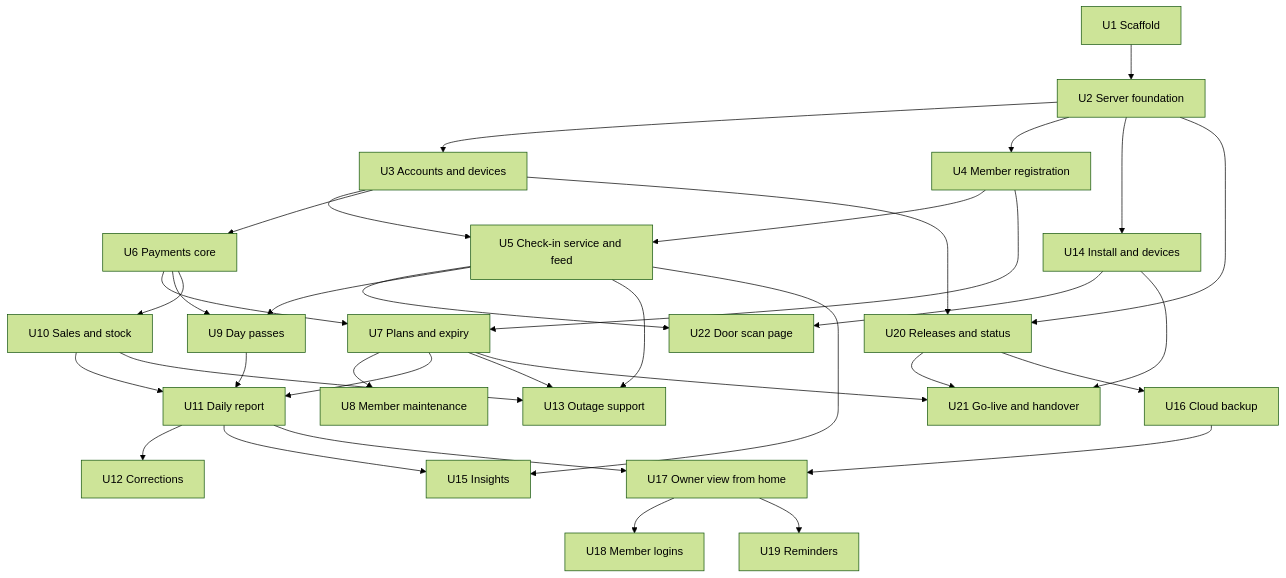
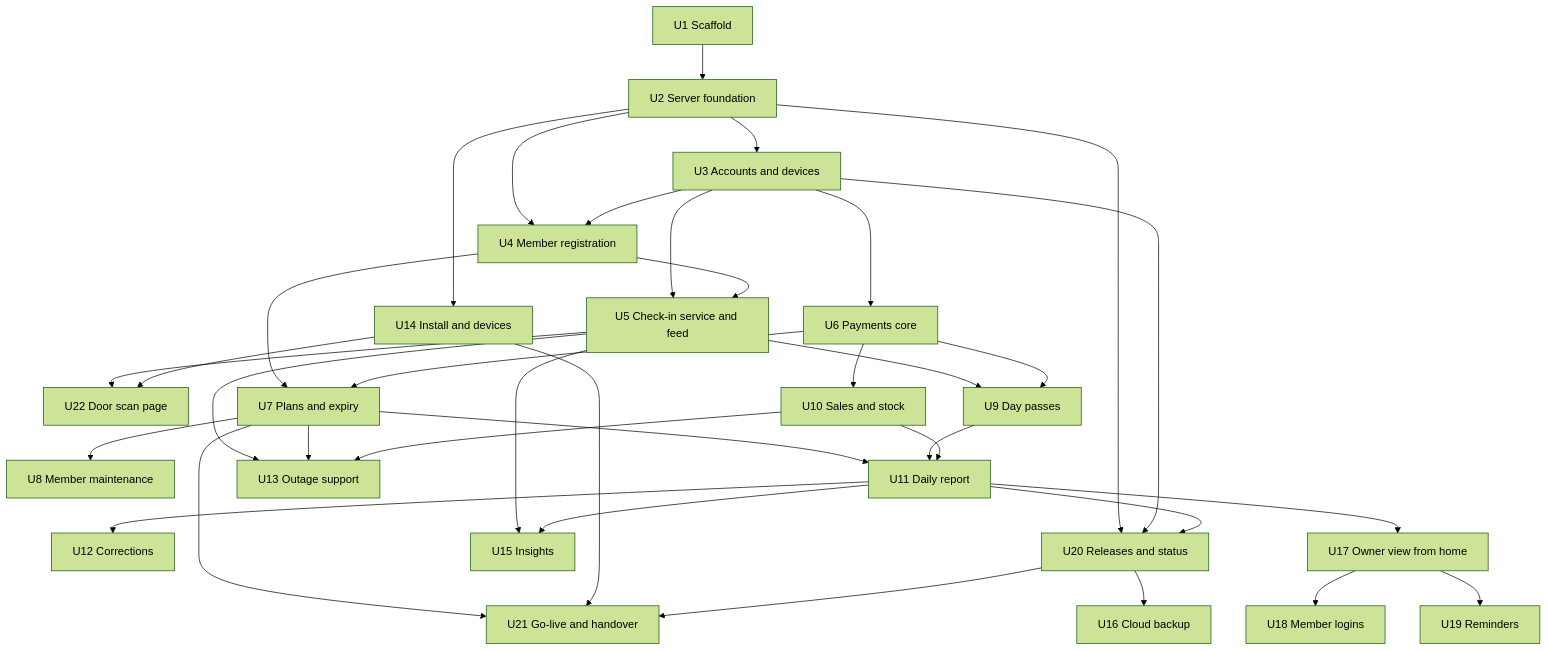
One commit to zealot-SEAlot/gym-mana-JEYO-ment changed the eighth of 8 diagrams in docs/plans/2026-09-15-0946-feat-jeyos-gym-management-system-plan.md. Above: the diagram before and after it, drawn with Mermaid (forest theme). The commit also changed other lines of this file and 2 other files, not shown here.

Commit message:
docs: apply architecture and security review fixes to plan and repo config (#5)

````diff
--- a/docs/plans/2026-09-15-0946-feat-jeyos-gym-management-system-plan.md
+++ b/docs/plans/2026-09-15-0946-feat-jeyos-gym-management-system-plan.md
@@ -606,37 +608,38 @@
 ```mermaid
 flowchart TB
   U1["U1 Scaffold"] --> U2["U2 Server foundation"]
   U2 --> U3["U3 Accounts and devices"]
   U2 --> U4["U4 Member registration"]
+  U3 --> U4
   U2 --> U14["U14 Install and devices"]
   U3 --> U5["U5 Check-in service and feed"]
   U4 --> U5
   U3 --> U6["U6 Payments core"]
   U5 --> U22["U22 Door scan page"]
   U14 --> U22
   U4 --> U7["U7 Plans and expiry"]
   U6 --> U7
   U7 --> U8["U8 Member maintenance"]
   U5 --> U9["U9 Day passes"]
   U6 --> U9
   U6 --> U10["U10 Sales and stock"]
   U7 --> U11["U11 Daily report"]
   U9 --> U11
   U10 --> U11
   U11 --> U12["U12 Corrections"]
   U5 --> U13["U13 Outage support"]
   U7 --> U13
   U10 --> U13
   U2 --> U20["U20 Releases and status"]
   U3 --> U20
+  U11 --> U20
   U7 --> U21["U21 Go-live and handover"]
   U14 --> U21
   U20 --> U21
   U5 --> U15["U15 Insights"]
   U11 --> U15
   U20 --> U16["U16 Cloud backup"]
-  U16 --> U17["U17 Owner view from home"]
-  U11 --> U17
+  U11 --> U17["U17 Owner view from home"]
   U17 --> U18["U18 Member logins"]
   U17 --> U19["U19 Reminders"]
 ```
````
